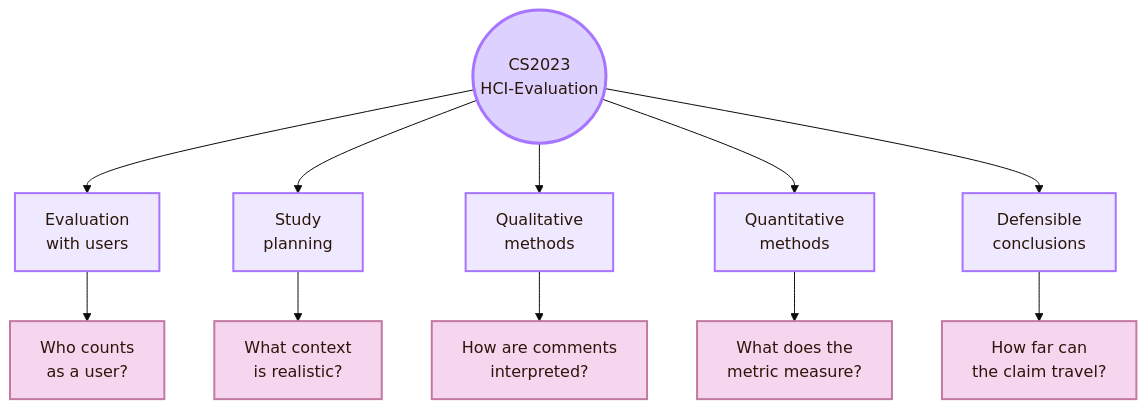
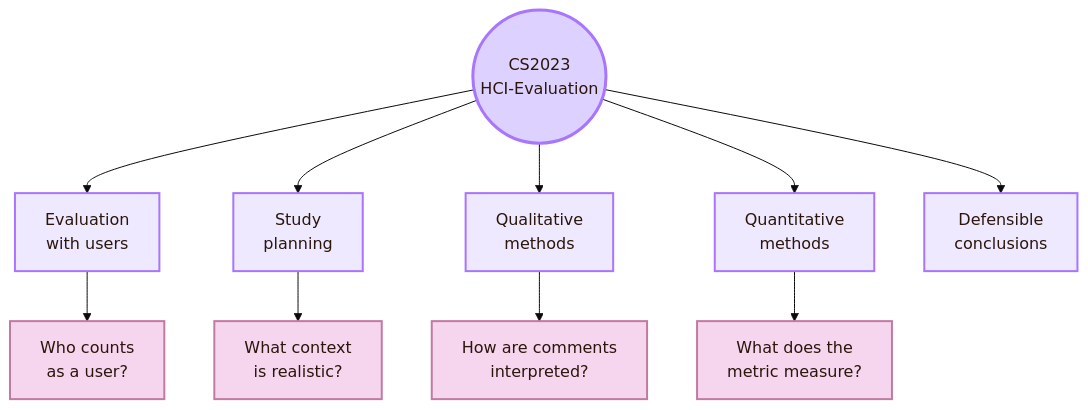
One commit to andreitegzes06-ui/CogniShire changed the second of 15 diagrams in 01_Core_Area_HCI/001_Subareas/03_Evaluating_the_Design/Open Problems.md. Above: the diagram before and after it, drawn with Mermaid (base theme). The commit also changed other lines of this file and 131 other files, not shown here.

````diff
--- a/01_Core_Area_HCI/001_Subareas/03_Evaluating_the_Design/Open Problems.md
+++ b/01_Core_Area_HCI/001_Subareas/03_Evaluating_the_Design/Open Problems.md
@@ -118,24 +111,23 @@
 ```mermaid
 flowchart TB
     A((CS2023<br/>HCI-Evaluation))
 
     A --> B[Evaluation<br/>with users]
     A --> C[Study<br/>planning]
     A --> D[Qualitative<br/>methods]
     A --> E[Quantitative<br/>methods]
     A --> F[Defensible<br/>conclusions]
 
     B --> B1[Who counts<br/>as a user?]
     C --> C1[What context<br/>is realistic?]
     D --> D1[How are comments<br/>interpreted?]
     E --> E1[What does the<br/>metric measure?]
-    F --> F1[How far can<br/>the claim travel?]
 
     classDef center fill:#ddd2ff,stroke:#a875ff,color:#2b160b,stroke-width:3px;
     classDef node fill:#eee9ff,stroke:#a875ff,color:#2b160b,stroke-width:2px;
     classDef detail fill:#f6d6ee,stroke:#c27aa2,color:#2b160b,stroke-width:2px;
 
     class A center;
     class B,C,D,E,F node;
     class B1,C1,D1,E1,F1 detail;
 ```
````
